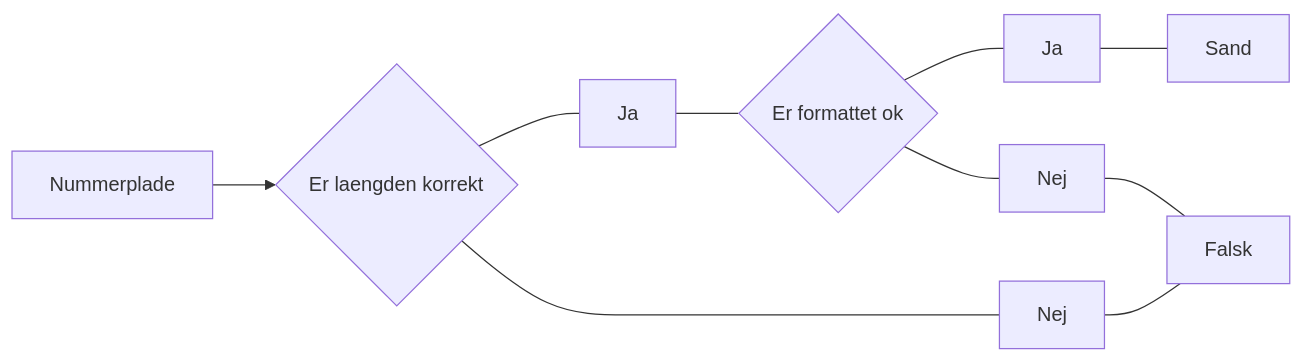
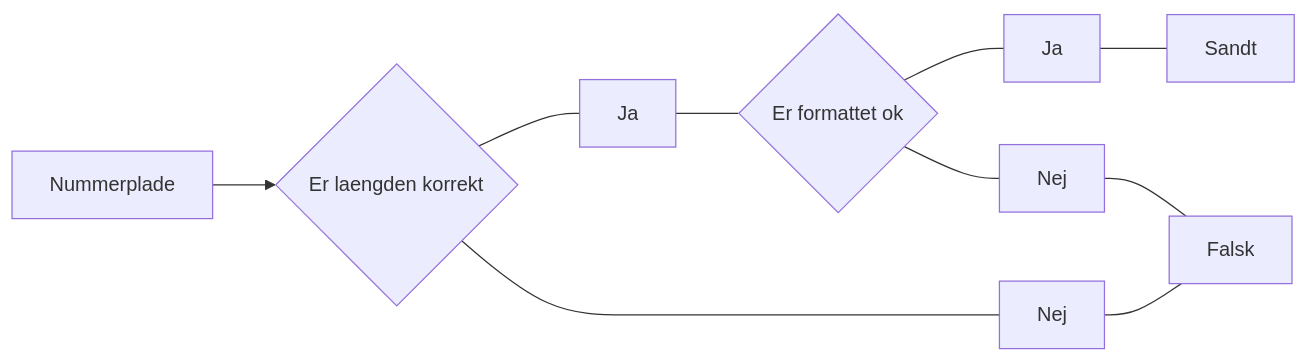
One commit to TRG-BUILD/VTT6 changed the first of 2 diagrams in nummerplade/readme.md. Above: the diagram before and after it, drawn with Mermaid. The commit also changed other lines of this file, not shown here.

````diff
--- a/nummerplade/readme.md
+++ b/nummerplade/readme.md
@@ -19,15 +22,13 @@
 ```mermaid
 flowchart LR;
     A[Nummerplade];
     C{Er laengden korrekt} ;
     D{Er formattet ok};
     F[Falsk];
-    T[Sand]
+    T[Sandt]
     A-->C;
     C --- k[Ja] --- D;
     C --- L[Nej] --- F;
     D --- M[Ja] --- T;
     D --- N[Nej] --- F
-    
-    
 ```
````
